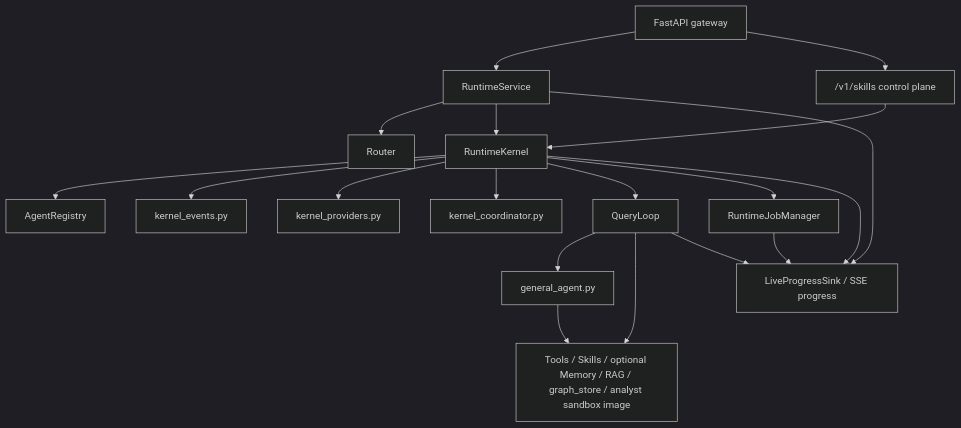
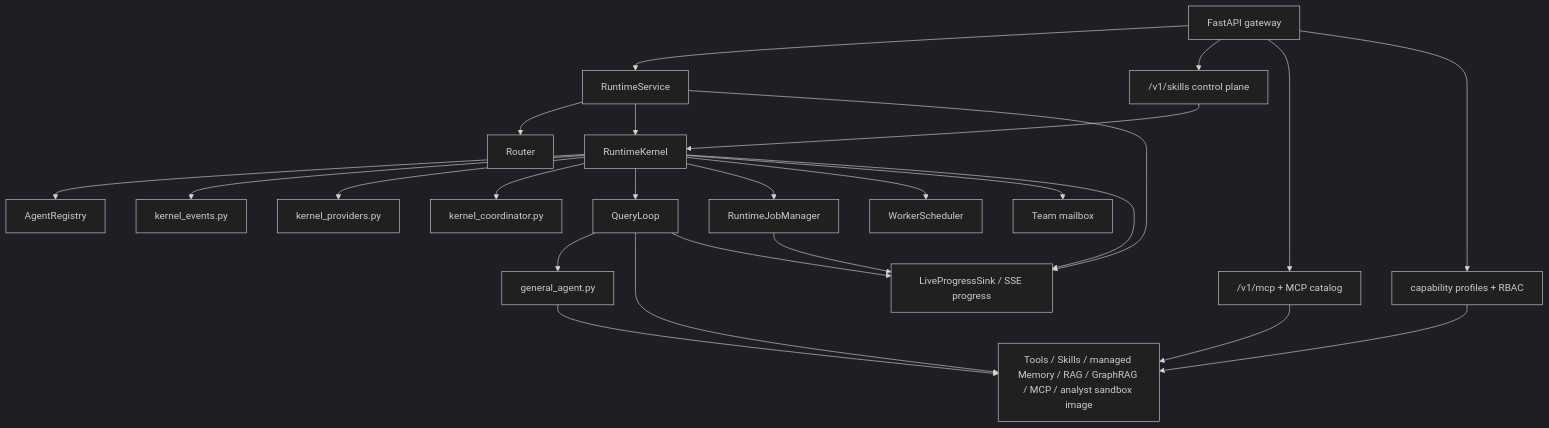
Before and after one commit to browntitan/Agent_Harness: the second of 2 diagrams in docs/C4_ARCHITECTURE.md, drawn with Mermaid (dark theme). The commit also changed other lines of this file and 30 other files, not shown here.

````diff
--- a/docs/C4_ARCHITECTURE.md
+++ b/docs/C4_ARCHITECTURE.md
@@ -24,36 +26,46 @@
 ```mermaid
 flowchart TD
     gateway["FastAPI gateway"]
     service["RuntimeService"]
     router["Router"]
     kernel["RuntimeKernel"]
     kernel_events["kernel_events.py"]
     kernel_providers["kernel_providers.py"]
     kernel_coordinator["kernel_coordinator.py"]
     loop["QueryLoop"]
     react["general_agent.py"]
     registry["AgentRegistry"]
     skills["/v1/skills control plane"]
+    mcp_api["/v1/mcp + MCP catalog"]
+    capabilities["capability profiles + RBAC"]
     jobs["RuntimeJobManager"]
+    scheduler["WorkerScheduler"]
+    team["Team mailbox"]
     progress["LiveProgressSink / SSE progress"]
-    tools["Tools / Skills / optional Memory / RAG / graph_store / analyst sandbox image"]
+    tools["Tools / Skills / managed Memory / RAG / GraphRAG / MCP / analyst sandbox image"]
 
     gateway --> service
     gateway --> skills
+    gateway --> mcp_api
+    gateway --> capabilities
     service --> router
     service --> kernel
     service --> progress
     skills --> kernel
+    mcp_api --> tools
+    capabilities --> tools
     kernel --> registry
     kernel --> kernel_events
     kernel --> kernel_providers
     kernel --> kernel_coordinator
     kernel --> loop
     kernel --> jobs
+    kernel --> scheduler
+    kernel --> team
     kernel --> progress
     loop --> react
     loop --> tools
     loop --> progress
     react --> tools
     jobs --> progress
 ```
````
